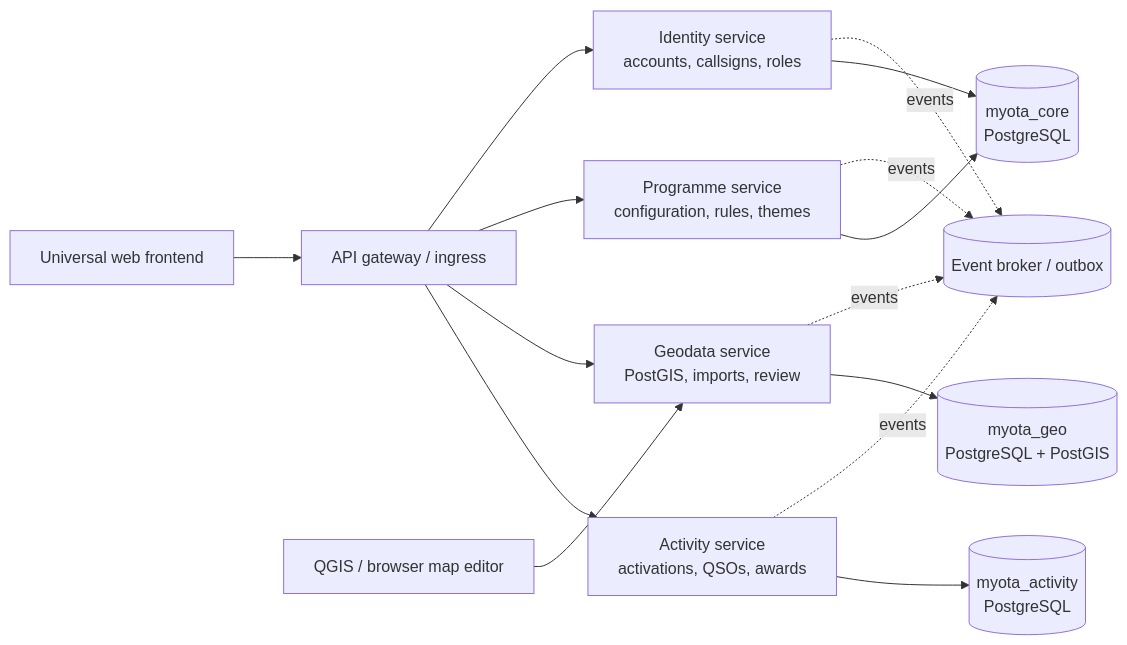
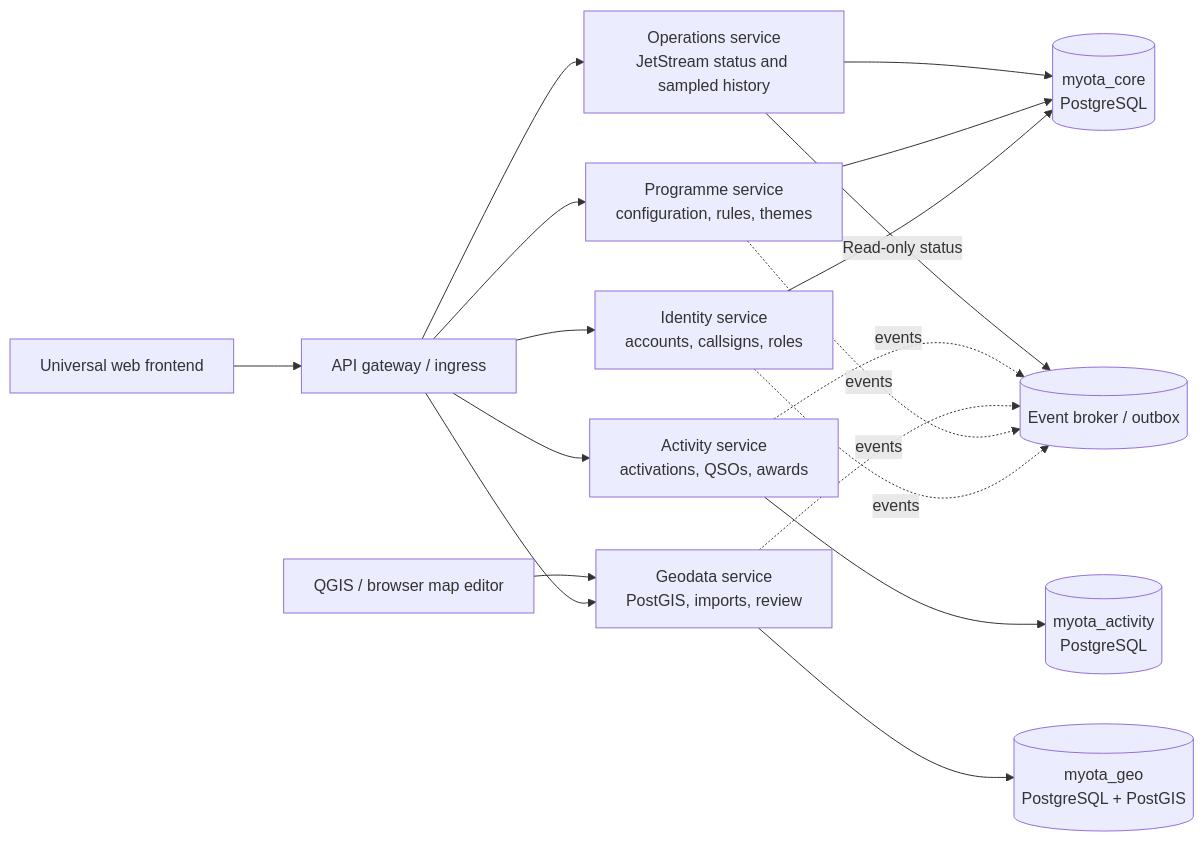
Before and after one commit to myota-platform/myota-docs: the first of 3 diagrams in docs/architecture.md, drawn with Mermaid. The commit also changed other lines of this file and 11 other files, not shown here.

First line of the commit message:
docs(architecture): close geodata process-state phase and document JetStream administration

````diff
--- a/docs/architecture.md
+++ b/docs/architecture.md
@@ -17,17 +17,20 @@
 ```mermaid
 flowchart LR
   UI[Universal web frontend] --> G[API gateway / ingress]
   G --> I[Identity service\naccounts, callsigns, roles]
   G --> P[Programme service\nconfiguration, rules, themes]
   G --> Geo[Geodata service\nPostGIS, imports, review]
   G --> A[Activity service\nactivations, QSOs, awards]
+  G --> Ops[Operations service\nJetStream status and sampled history]
   I -. events .-> Bus[(Event broker / outbox)]
   P -. events .-> Bus
   Geo -. events .-> Bus
   A -. events .-> Bus
   I --> C[(myota_core\nPostgreSQL)]
   P --> C
+  Ops --> C
+  Ops -->|Read-only status| Bus
   A --> ADB[(myota_activity\nPostgreSQL)]
   Geo --> D[(myota_geo\nPostgreSQL + PostGIS)]
   Admin[QGIS / browser map editor] --> Geo
 ```
````
